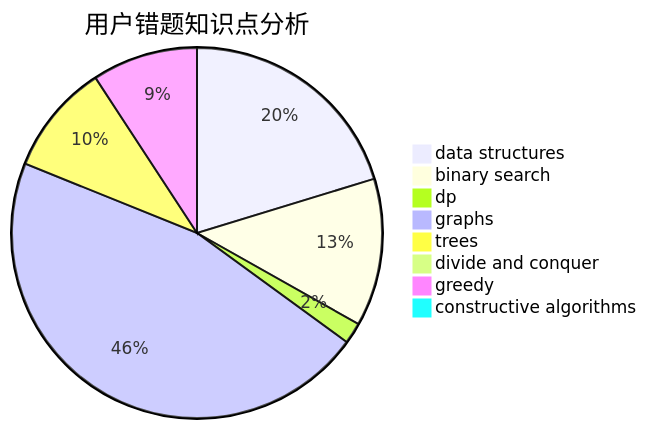
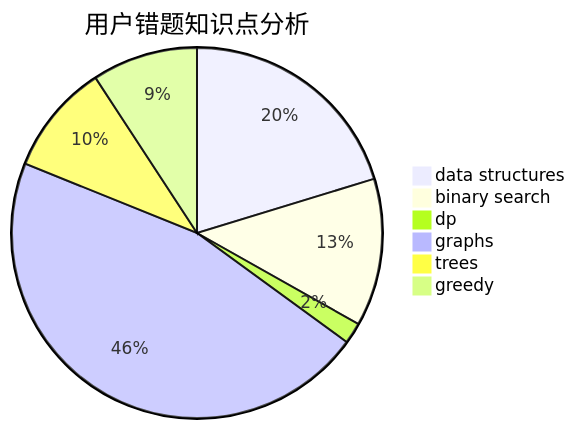
Before and after one commit to sherpahu/cfrs.github.io: the third of 3 diagrams in docs/user/u2200.md, drawn with Mermaid. The commit also changed other lines of this file and 2770 other files, not shown here.

````diff
--- a/docs/user/u2200.md
+++ b/docs/user/u2200.md
@@ -31,11 +29,9 @@
 ```mermaid
 pie title 用户错题知识点分析
     "data structures" :  44
     "binary search" :  28
     "dp" :  4
     "graphs" :  100
     "trees" :  21
-    "divide and conquer" :  0
     "greedy" :  20
-    "constructive algorithms" :  0
 ```
````
